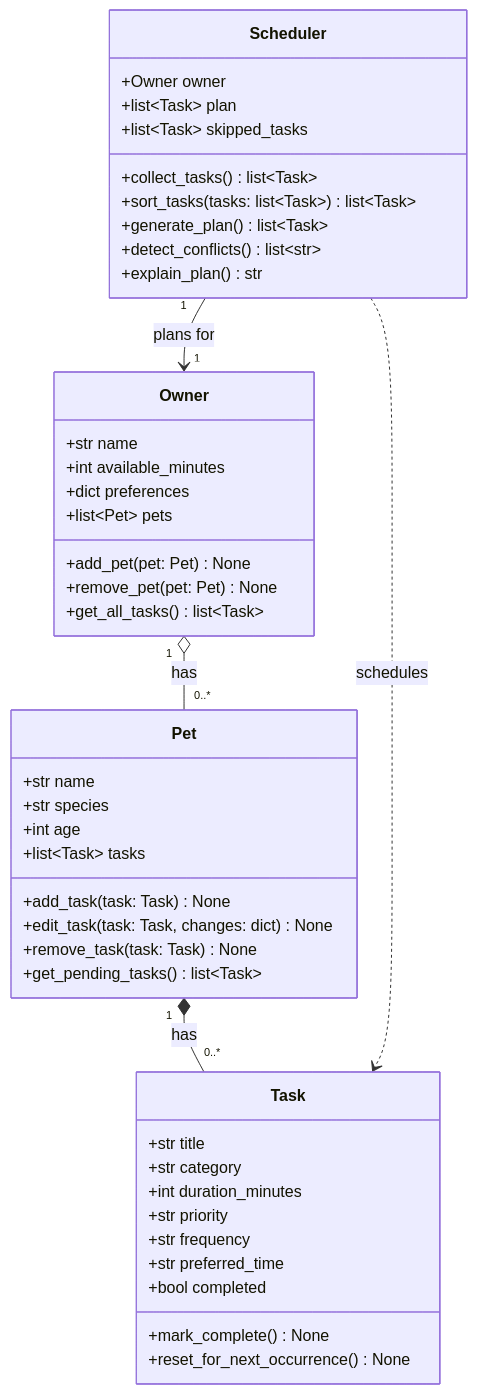
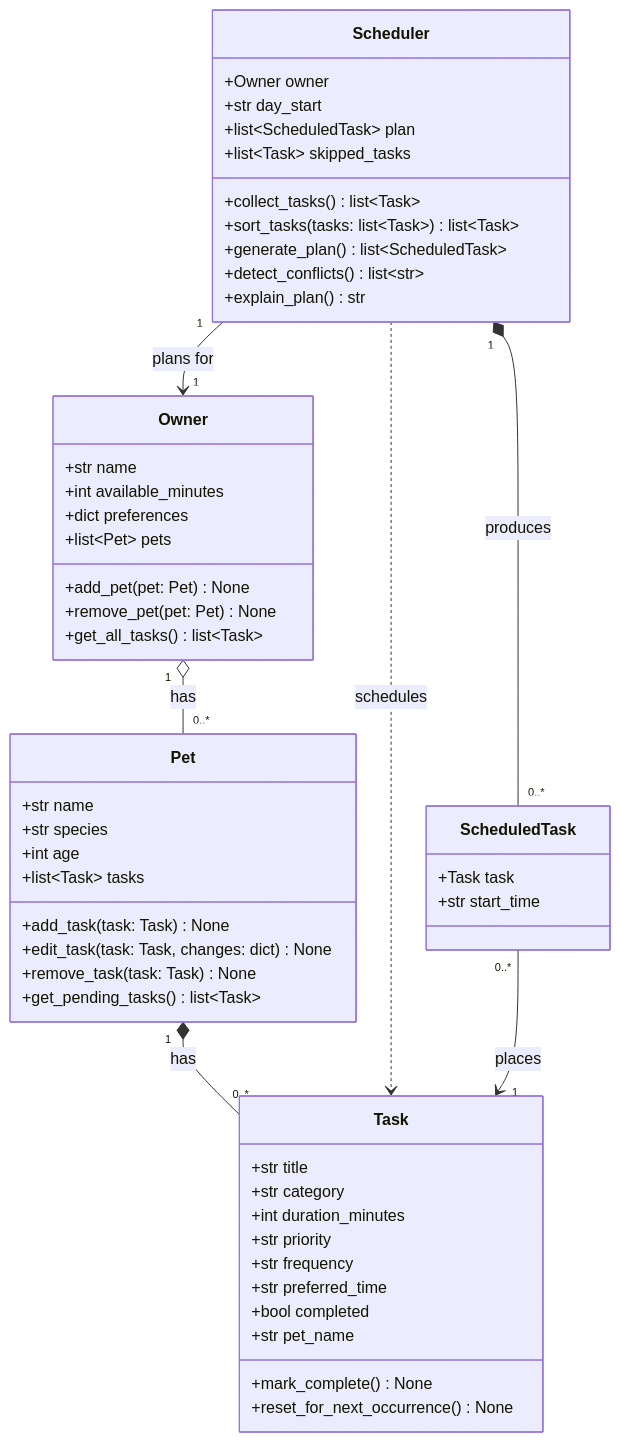
Before and after one commit to lcohen23/ai110-module2show-pawpal-starter: the diagram in diagrams/uml.mmd, drawn with Mermaid. The commit also changed 7 other files, not shown here.

```diff
--- a/diagrams/uml.mmd
+++ b/diagrams/uml.mmd
@@ -1,51 +1,60 @@
 classDiagram
     %% Keep this file updated so it matches your final implementation.
 
     class Owner {
         +str name
         +int available_minutes
         +dict preferences
         +list~Pet~ pets
         +add_pet(pet: Pet) None
         +remove_pet(pet: Pet) None
         +get_all_tasks() list~Task~
     }
 
     class Pet {
         +str name
         +str species
         +int age
         +list~Task~ tasks
         +add_task(task: Task) None
         +edit_task(task: Task, changes: dict) None
         +remove_task(task: Task) None
         +get_pending_tasks() list~Task~
     }
 
     class Task {
         +str title
         +str category
         +int duration_minutes
         +str priority
         +str frequency
         +str preferred_time
         +bool completed
+        +str pet_name
         +mark_complete() None
         +reset_for_next_occurrence() None
     }
 
+    class ScheduledTask {
+        +Task task
+        +str start_time
+    }
+
     class Scheduler {
         +Owner owner
-        +list~Task~ plan
+        +str day_start
+        +list~ScheduledTask~ plan
         +list~Task~ skipped_tasks
         +collect_tasks() list~Task~
         +sort_tasks(tasks: list~Task~) list~Task~
-        +generate_plan() list~Task~
+        +generate_plan() list~ScheduledTask~
         +detect_conflicts() list~str~
         +explain_plan() str
     }
 
     Owner "1" o-- "0..*" Pet : has
     Pet "1" *-- "0..*" Task : has
     Scheduler "1" --> "1" Owner : plans for
     Scheduler ..> Task : schedules
+    Scheduler "1" *-- "0..*" ScheduledTask : produces
+    ScheduledTask "0..*" --> "1" Task : places
```
